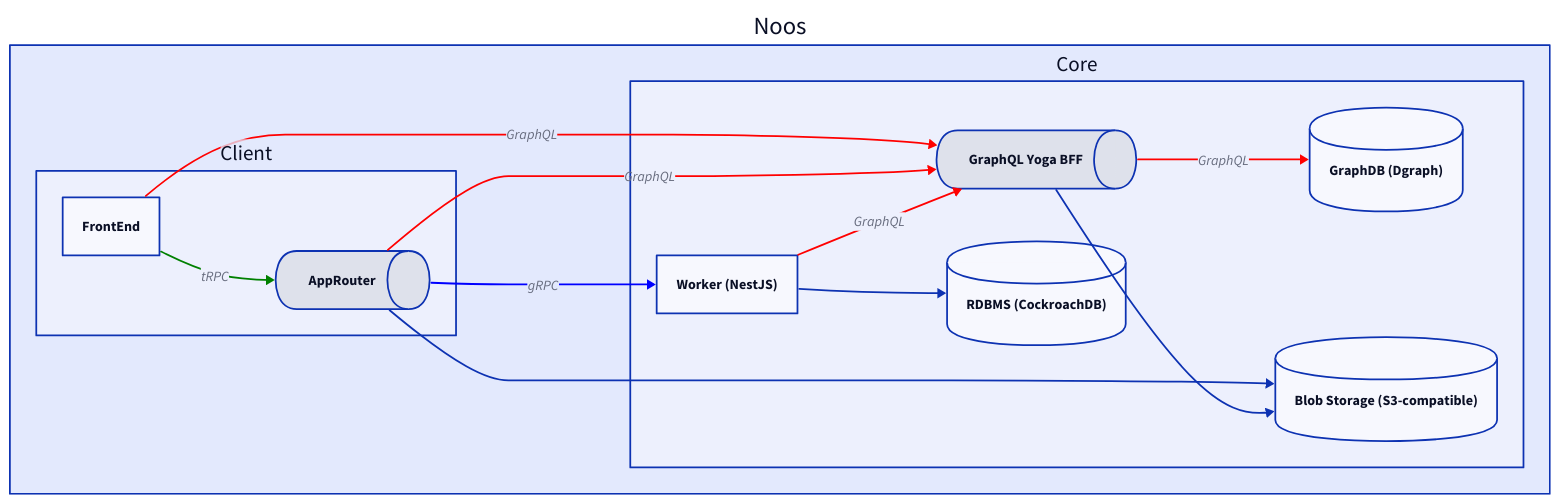
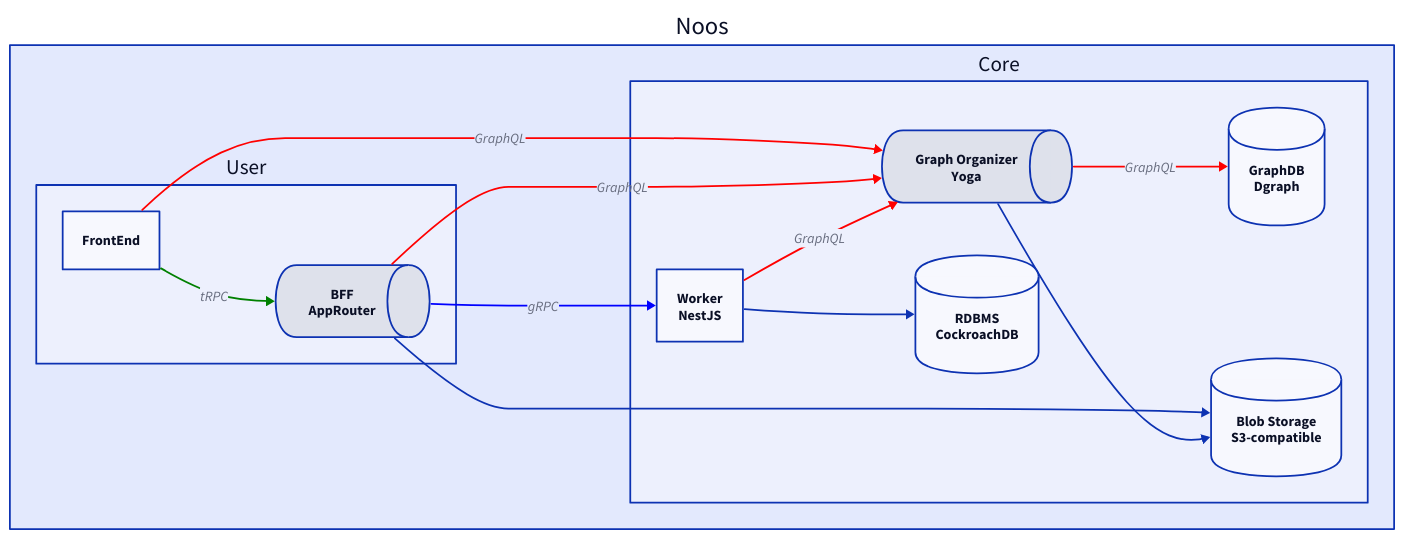
Before and after one commit to TakashiAihara/noos: the diagram in docs/architecture.d2, drawn with D2. The commit also changed 77 other files, not shown here.

```diff
--- a/docs/architecture.d2
+++ b/docs/architecture.d2
@@ -1,88 +1,88 @@
 direction: right
 
 ### Shapes
 Noos: {
-  Client: {
+  User: {
+    frontend: FrontEnd
+
     approuter: {
       shape: queue
-      label: "AppRouter"
+      label: "BFF\nAppRouter"
     }
-
-    frontend: FrontEnd
   }
 
   Core: {
     yoga: {
       shape: queue
-      label: "GraphQL Yoga BFF"
+      label: "Graph Organizer\nYoga"
     }
 
     worker: {
-      label: "Worker (NestJS)"
+      label: "Worker\nNestJS"
     }
 
     graphdb: {
       shape: cylinder
-      label: "GraphDB (Dgraph)"
+      label: "GraphDB\nDgraph"
     }
 
     rdbms: {
       shape: cylinder
-      label: "RDBMS (CockroachDB)"
+      label: "RDBMS\nCockroachDB"
     }
 
     blob: {
       shape: cylinder
-      label: "Blob Storage (S3-compatible)"
+      label: "Blob Storage\nS3-compatible"
     }
   }
 }
 
 ### Connections
-Noos.Client.frontend -> Noos.Client.approuter: {
+Noos.User.frontend -> Noos.User.approuter: {
   label: "tRPC"
   style: {
     stroke: green
   }
 }
 
-Noos.Client.frontend -> Noos.Core.yoga: {
+Noos.User.frontend -> Noos.Core.yoga: {
   label: "GraphQL"
   style: {
     stroke: red
   }
 }
 
-Noos.Client.approuter -> Noos.Core.yoga: {
+Noos.User.approuter -> Noos.Core.yoga: {
   label: "GraphQL"
   style: {
     stroke: red
   }
 }
 
-Noos.Client.approuter -> Noos.Core.worker: {
+Noos.User.approuter -> Noos.Core.worker: {
   label: "gRPC"
   style: {
     stroke: blue
   }
 }
 
-Noos.Client.approuter -> Noos.Core.blob: {}
+Noos.User.approuter -> Noos.Core.blob: {}
 
 Noos.Core.yoga -> Noos.Core.graphdb: {
   label: "GraphQL"
   style: {
     stroke: red
   }
 }
 
 Noos.Core.yoga -> Noos.Core.blob: {}
 
 Noos.Core.worker -> Noos.Core.rdbms: {}
 
 Noos.Core.worker -> Noos.Core.yoga: {
   label: "GraphQL"
   style: {
     stroke: red
   }
 }
```
